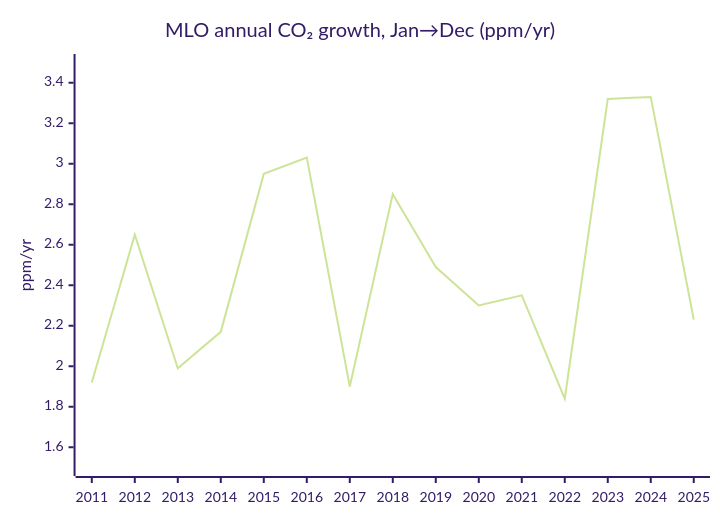
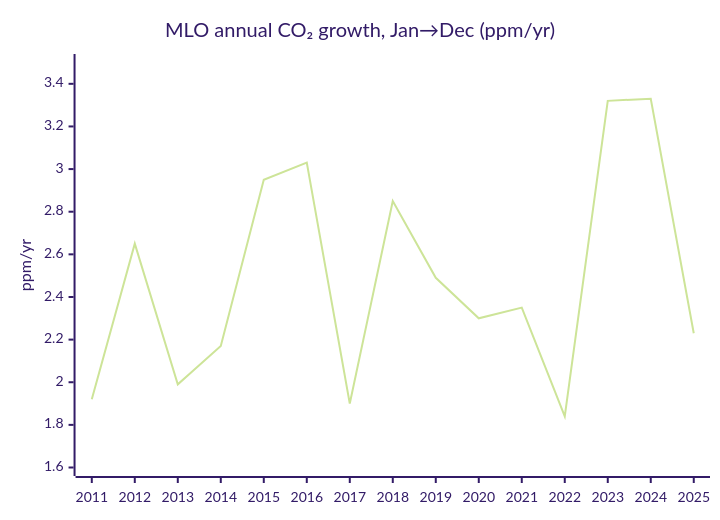
Before and after one commit to pasky/grand-endeavors: the second of 3 diagrams in pilot-26H1/climate.md, drawn with Mermaid (forest theme). The commit also changed other lines of this file, not shown here.

````diff
--- a/pilot-26H1/climate.md
+++ b/pilot-26H1/climate.md
@@ -67,8 +66,8 @@
 ```mermaid
 xychart-beta
     %% kpi: climate co2-growth-mlo-jan-dec --label year
     title "MLO annual CO₂ growth, Jan→Dec (ppm/yr)"
     x-axis [2011, 2012, 2013, 2014, 2015, 2016, 2017, 2018, 2019, 2020, 2021, 2022, 2023, 2024, 2025]
-    y-axis "ppm/yr" 1.5 --> 3.5
+    y-axis "ppm/yr" 1.6 --> 3.5
     line [1.92, 2.65, 1.99, 2.17, 2.95, 3.03, 1.90, 2.85, 2.49, 2.30, 2.35, 1.84, 3.32, 3.33, 2.23]
 ```
````
